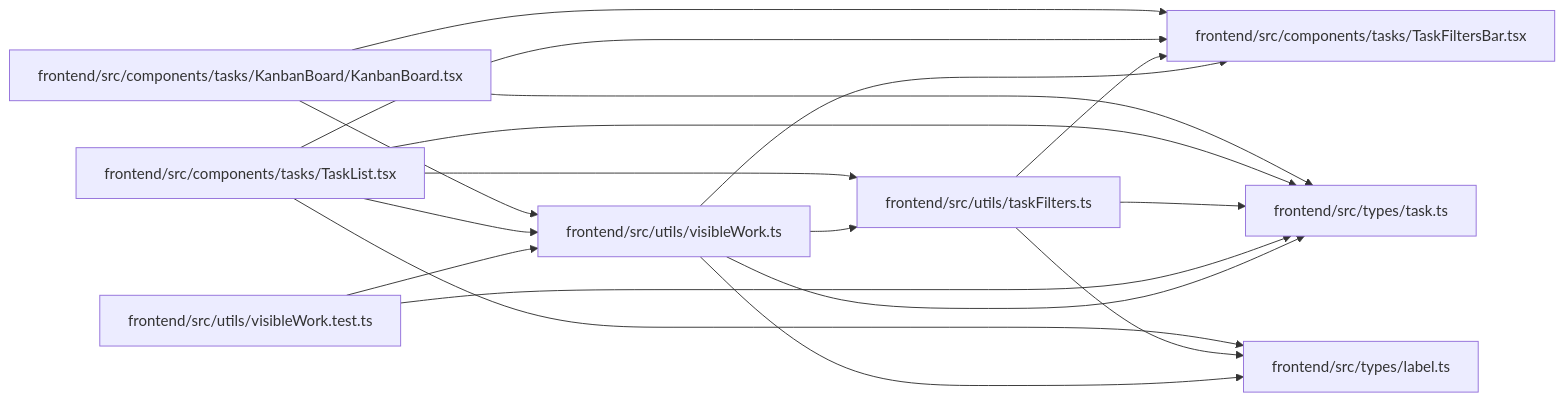
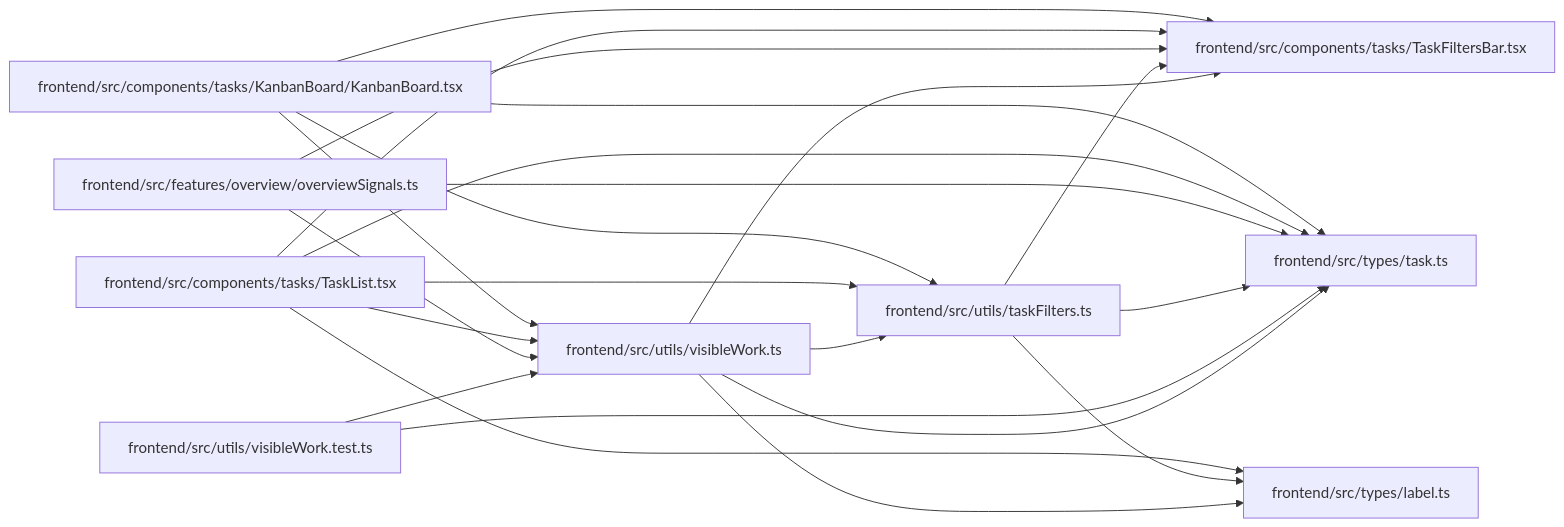
One commit to Denissvgn/WorkChord changed the diagram in docs/llm_wiki/modules/visibleWork.md. Above: the diagram before and after it, drawn with Mermaid. The commit also changed other lines of this file and 2373 other files, not shown here.

````diff
--- a/docs/llm_wiki/modules/visibleWork.md
+++ b/docs/llm_wiki/modules/visibleWork.md
@@ -31,36 +31,42 @@
 ```mermaid
 flowchart LR
     n0["frontend/src/components/tasks/KanbanBoard/KanbanBoard.tsx"]
     n1["frontend/src/components/tasks/TaskFiltersBar.tsx"]
     n2["frontend/src/components/tasks/TaskList.tsx"]
-    n3["frontend/src/types/label.ts"]
-    n4["frontend/src/types/task.ts"]
-    n5["frontend/src/utils/taskFilters.ts"]
-    n6["frontend/src/utils/visibleWork.test.ts"]
-    n7["frontend/src/utils/visibleWork.ts"]
+    n3["frontend/src/features/overview/overviewSignals.ts"]
+    n4["frontend/src/types/label.ts"]
+    n5["frontend/src/types/task.ts"]
+    n6["frontend/src/utils/taskFilters.ts"]
+    n7["frontend/src/utils/visibleWork.test.ts"]
+    n8["frontend/src/utils/visibleWork.ts"]
     n0 --> n1
-    n0 --> n4
-    n0 --> n7
+    n0 --> n5
+    n0 --> n6
+    n0 --> n8
     n2 --> n1
-    n2 --> n3
     n2 --> n4
     n2 --> n5
-    n2 --> n7
-    n5 --> n1
-    n5 --> n3
-    n5 --> n4
+    n2 --> n6
+    n2 --> n8
+    n3 --> n1
+    n3 --> n5
+    n3 --> n8
+    n6 --> n1
     n6 --> n4
-    n6 --> n7
-    n7 --> n1
-    n7 --> n3
-    n7 --> n4
+    n6 --> n5
     n7 --> n5
+    n7 --> n8
+    n8 --> n1
+    n8 --> n4
+    n8 --> n5
+    n8 --> n6
     click n0 "../modules/KanbanBoard.md"
     click n1 "../modules/TaskFiltersBar.md"
     click n2 "../modules/TaskList.md"
-    click n3 "../modules/types_label.md"
-    click n4 "../modules/types_task.md"
-    click n5 "../modules/taskFilters.md"
-    click n6 "../modules/visibleWork.test.md"
-    click n7 "../modules/visibleWork.md"
+    click n3 "../modules/overviewSignals.md"
+    click n4 "../modules/types_label.md"
+    click n5 "../modules/types_task.md"
+    click n6 "../modules/taskFilters.md"
+    click n7 "../modules/visibleWork.test.md"
+    click n8 "../modules/visibleWork.md"
 ```
````
